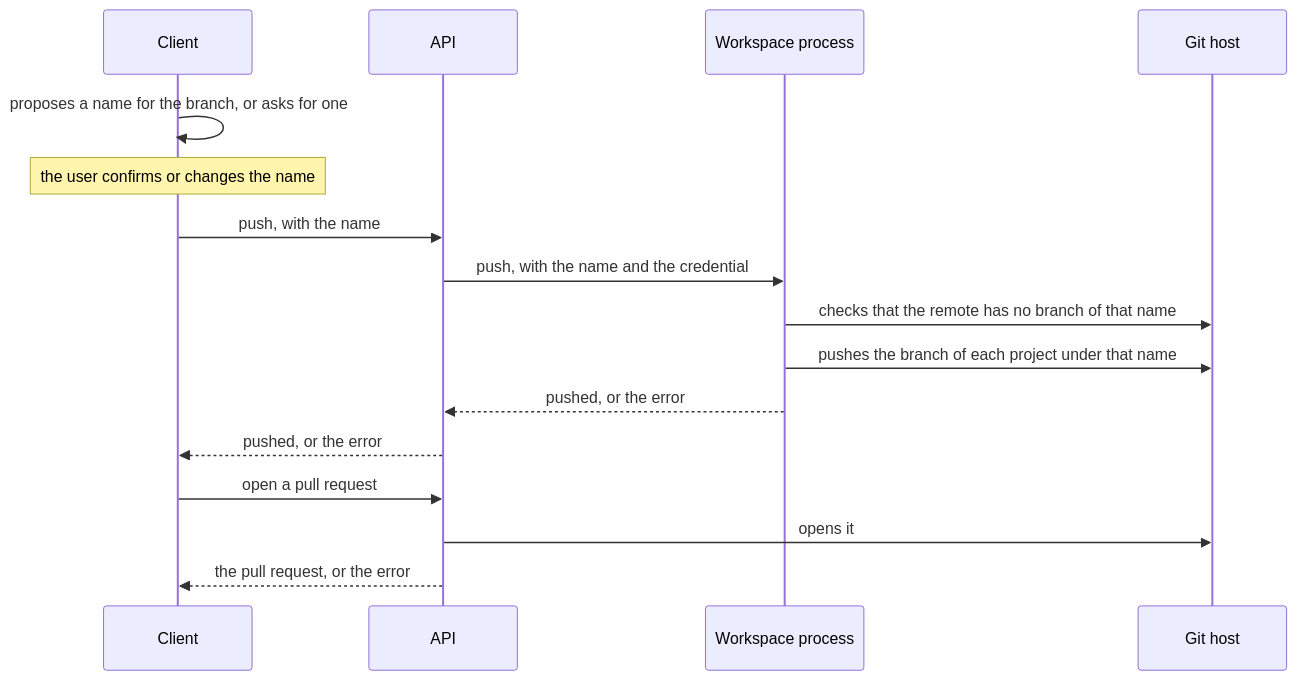
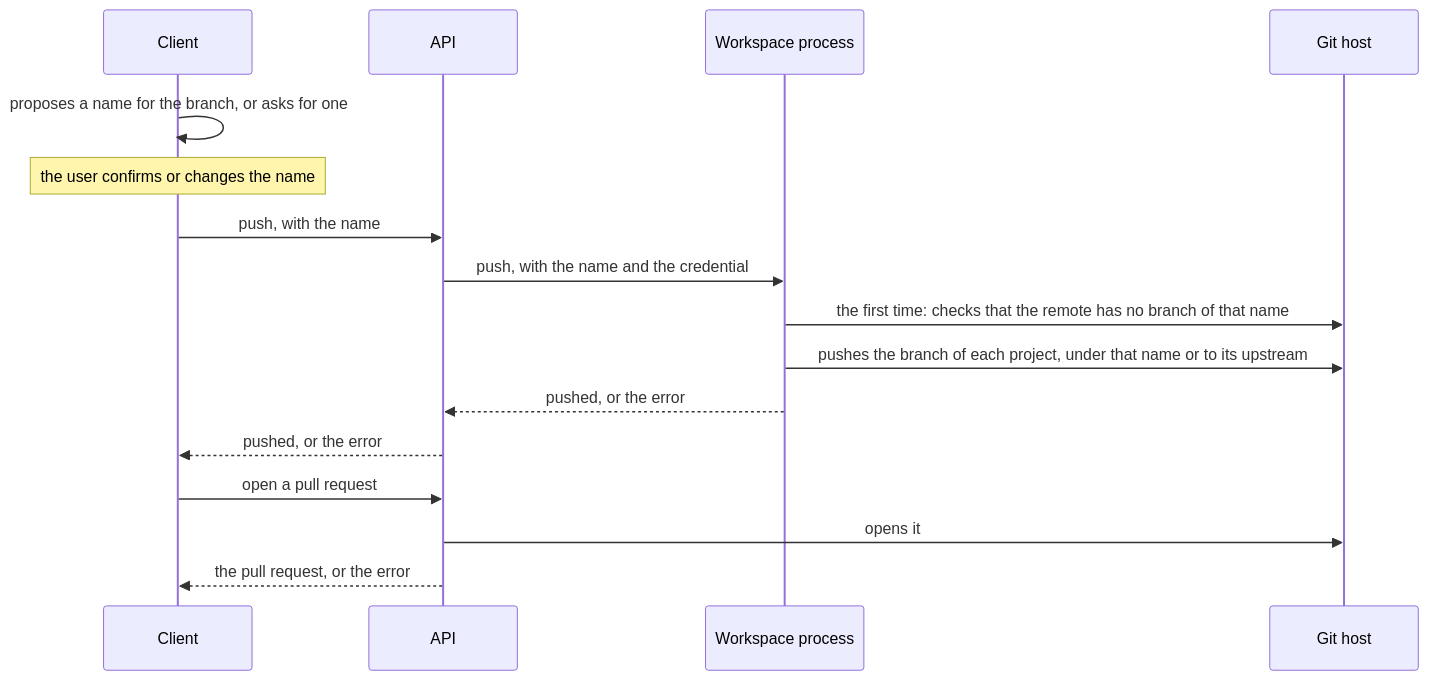
The diagram in flows/changes-and-push.md (Mikode13/harness-docs), drawn with Mermaid before and after one commit. The commit also changed other lines of this file and 4 other files, not shown here.

````diff
--- a/flows/changes-and-push.md
+++ b/flows/changes-and-push.md
@@ -52,20 +52,20 @@
 ```mermaid
 sequenceDiagram
     participant C as Client
     participant A as API
     participant W as Workspace process
     participant G as Git host
 
     C->>C: proposes a name for the branch, or asks for one
     Note over C: the user confirms or changes the name
     C->>A: push, with the name
     A->>W: push, with the name and the credential
-    W->>G: checks that the remote has no branch of that name
-    W->>G: pushes the branch of each project under that name
+    W->>G: the first time: checks that the remote has no branch of that name
+    W->>G: pushes the branch of each project, under that name or to its upstream
     W-->>A: pushed, or the error
     A-->>C: pushed, or the error
 
     C->>A: open a pull request
     A->>G: opens it
     A-->>C: the pull request, or the error
 ```
````
